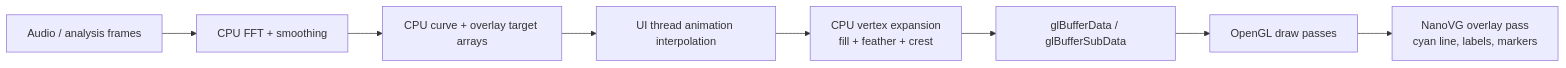
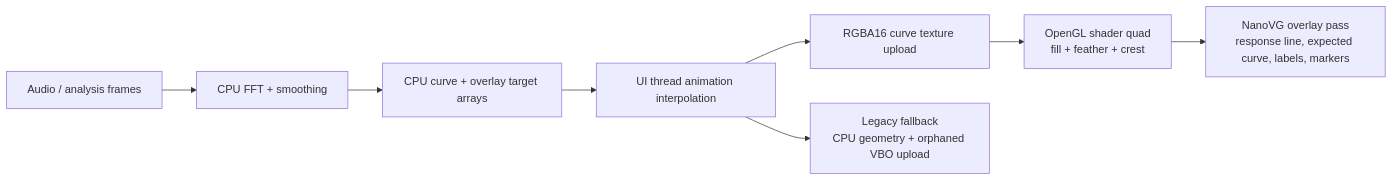
Before and after one commit to PlasmaChroma/Leviathan-Rack2: the first of 2 diagrams in doc/Bifurx/Bifurx_draw.md, drawn with Mermaid. The commit also changed other lines of this file and 6 other files, not shown here.

````diff
--- a/doc/Bifurx/Bifurx_draw.md
+++ b/doc/Bifurx/Bifurx_draw.md
@@ -36,10 +36,10 @@
 ```mermaid
 flowchart LR
     A[Audio / analysis frames] --> B[CPU FFT + smoothing]
     B --> C[CPU curve + overlay target arrays]
     C --> D[UI thread animation interpolation]
-    D --> E[CPU vertex expansion<br/>fill + feather + crest]
-    E --> F[glBufferData / glBufferSubData]
-    F --> G[OpenGL draw passes]
-    G --> H[NanoVG overlay pass<br/>cyan line, labels, markers]
+    D --> E[RGBA16 curve texture upload]
+    E --> F[OpenGL shader quad<br/>fill + feather + crest]
+    F --> G[NanoVG overlay pass<br/>response line, expected curve, labels, markers]
+    D --> H[Legacy fallback<br/>CPU geometry + orphaned VBO upload]
 ```
````
